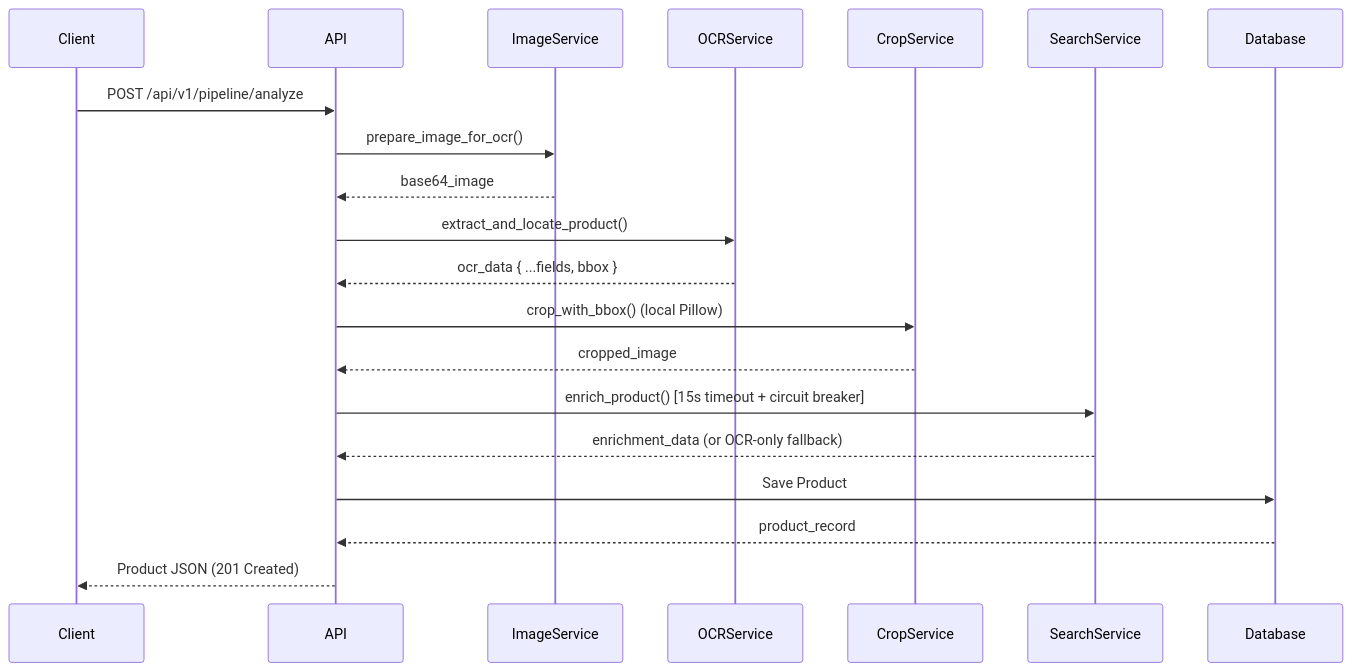
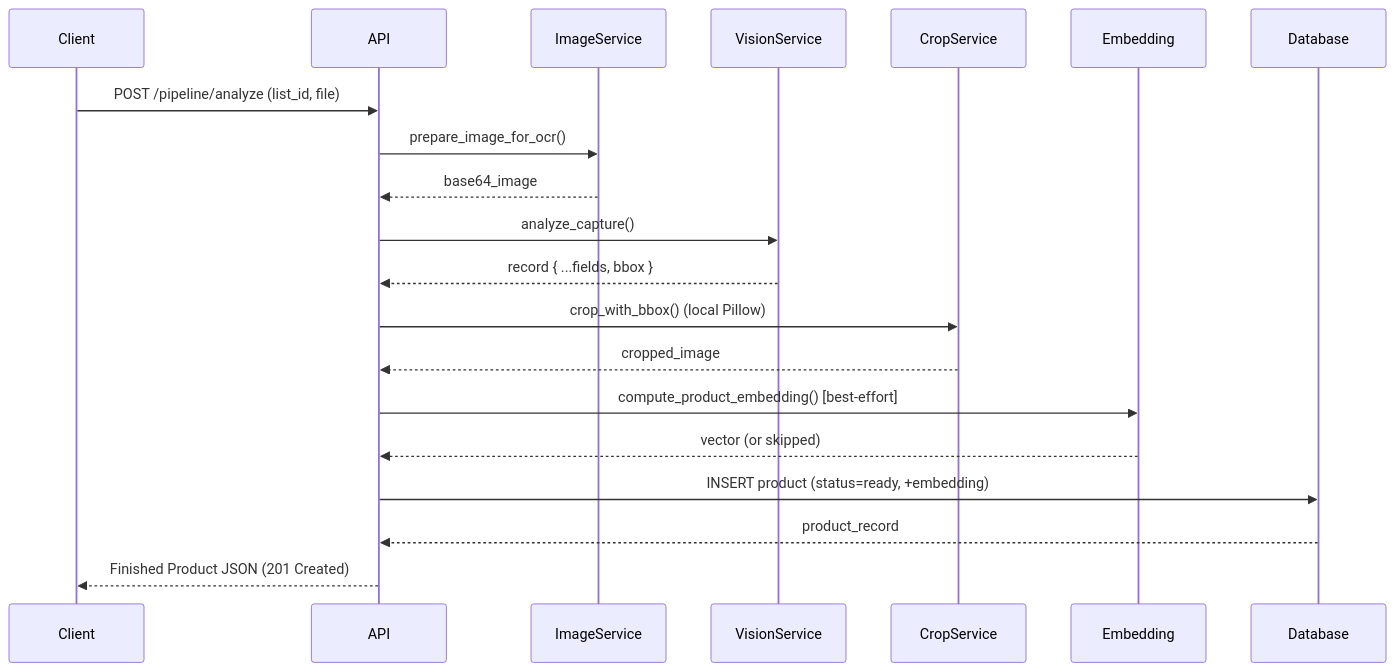
Before and after one commit to entropi-so/docs: the second of 2 diagrams in architecture.mdx, drawn with Mermaid. The commit also changed other lines of this file and 26 other files, not shown here.

````diff
--- a/architecture.mdx
+++ b/architecture.mdx
@@ -114,27 +118,27 @@
 ```mermaid
 sequenceDiagram
     participant Client
     participant API
     participant ImageService
-    participant OCRService
+    participant VisionService
     participant CropService
-    participant SearchService
+    participant Embedding
     participant Database
 
-    Client->>API: POST /api/v1/pipeline/analyze
+    Client->>API: POST /pipeline/analyze (list_id, file)
     API->>ImageService: prepare_image_for_ocr()
     ImageService-->>API: base64_image
 
-    API->>OCRService: extract_and_locate_product()
-    OCRService-->>API: ocr_data { ...fields, bbox }
+    API->>VisionService: analyze_capture()
+    VisionService-->>API: record { ...fields, bbox }
 
     API->>CropService: crop_with_bbox() (local Pillow)
     CropService-->>API: cropped_image
 
-    API->>SearchService: enrich_product() [15s timeout + circuit breaker]
-    SearchService-->>API: enrichment_data (or OCR-only fallback)
-    
-    API->>Database: Save Product
+    API->>Embedding: compute_product_embedding() [best-effort]
+    Embedding-->>API: vector (or skipped)
+
+    API->>Database: INSERT product (status=ready, +embedding)
     Database-->>API: product_record
-    API-->>Client: Product JSON (201 Created)
+    API-->>Client: Finished Product JSON (201 Created)
 ```
````
